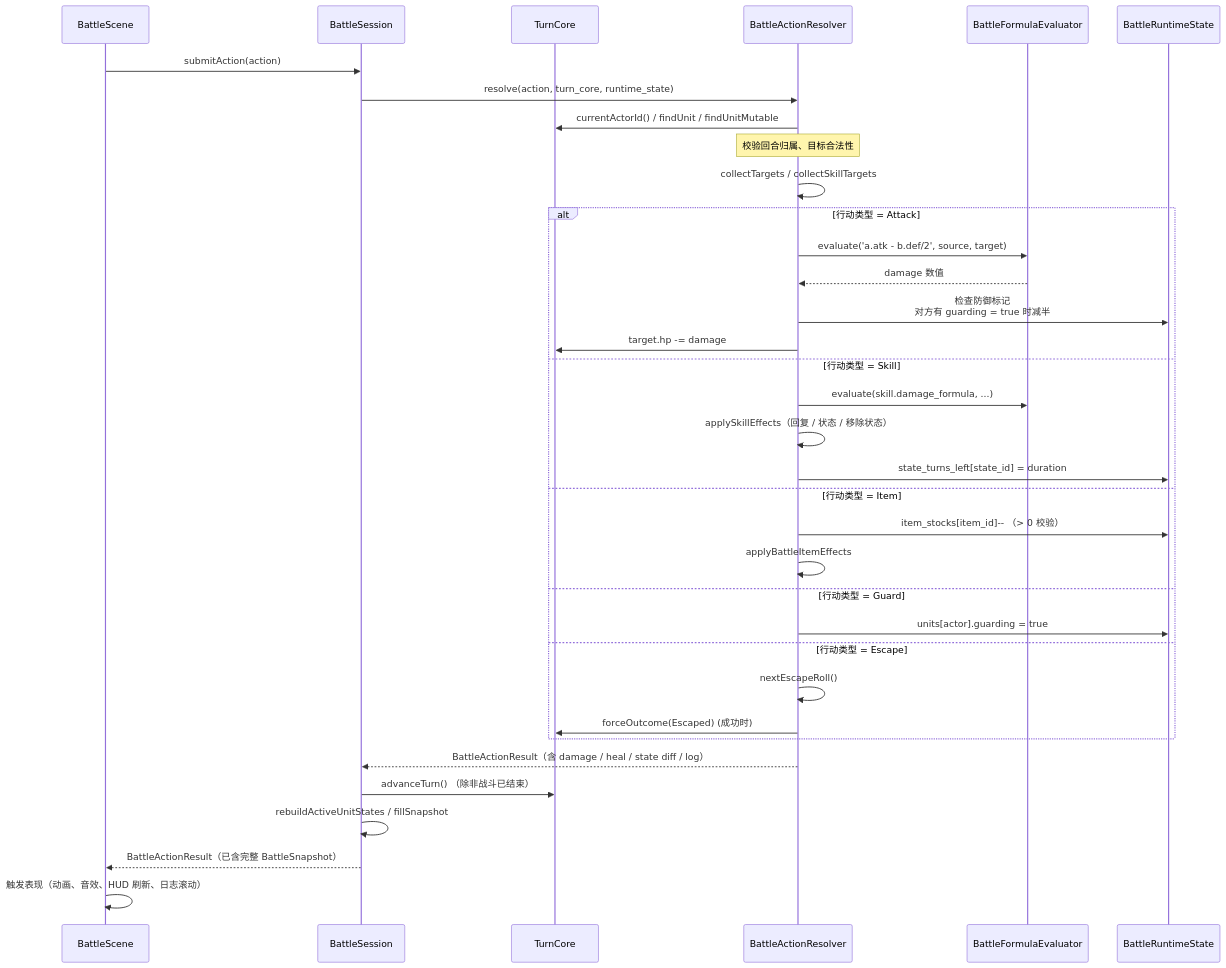
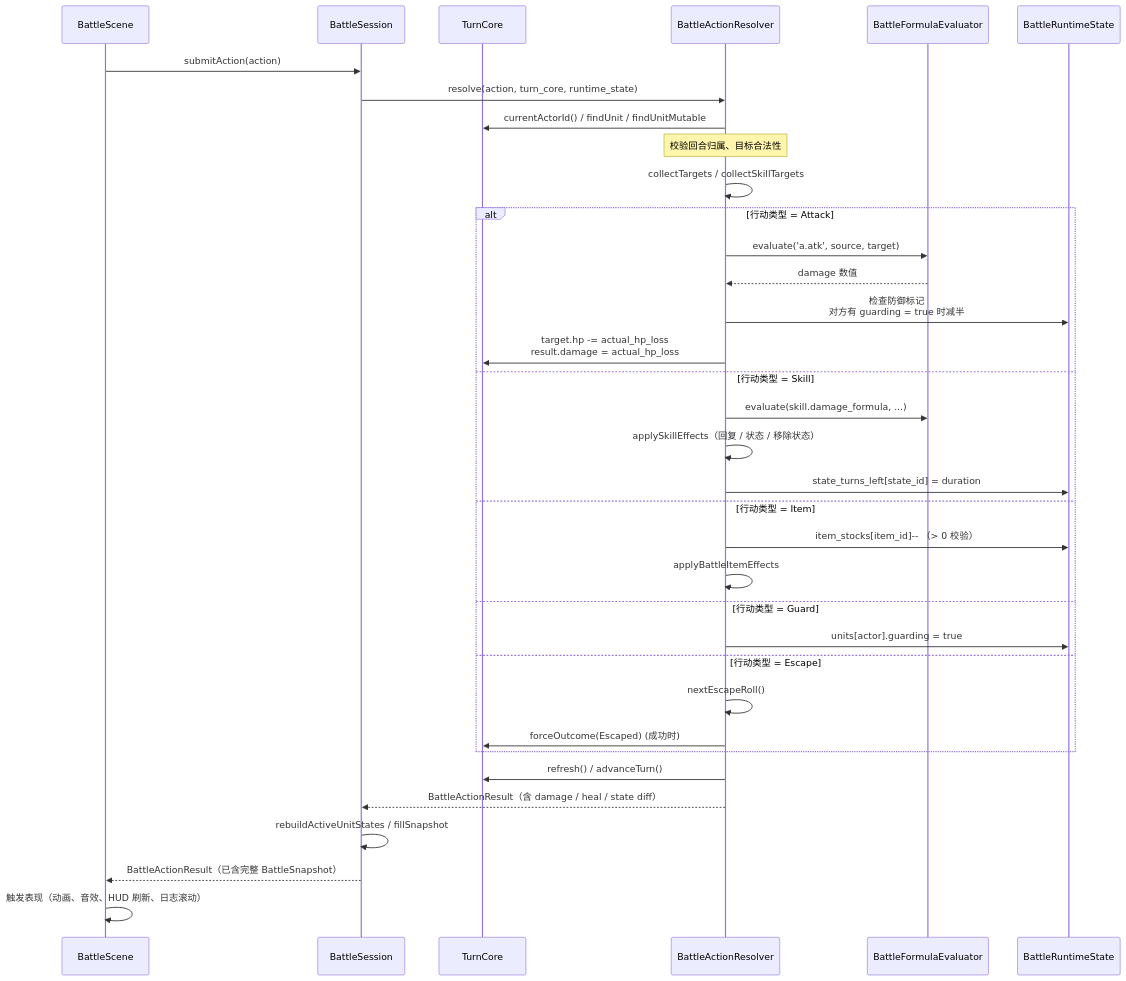
One commit to WispSnow/TinyFarmRPG changed the third of 6 diagrams in docs/game/battle-internals.md. Above: the diagram before and after it, drawn with Mermaid. The commit also changed other lines of this file and 12 other files, not shown here.

````diff
--- a/docs/game/battle-internals.md
+++ b/docs/game/battle-internals.md
@@ -119,38 +119,38 @@
 ```mermaid
 sequenceDiagram
     participant SCN as BattleScene
     participant SESS as BattleSession
     participant TC as TurnCore
     participant AR as BattleActionResolver
     participant FE as BattleFormulaEvaluator
     participant RT as BattleRuntimeState
 
     SCN->>SESS: submitAction(action)
     SESS->>AR: resolve(action, turn_core, runtime_state)
     AR->>TC: currentActorId() / findUnit / findUnitMutable
     Note over AR: 校验回合归属、目标合法性
     AR->>AR: collectTargets / collectSkillTargets
     alt 行动类型 = Attack
-        AR->>FE: evaluate('a.atk - b.def/2', source, target)
+        AR->>FE: evaluate('a.atk', source, target)
         FE-->>AR: damage 数值
         AR->>RT: 检查防御标记<br/>对方有 guarding = true 时减半
-        AR->>TC: target.hp -= damage
+        AR->>TC: target.hp -= actual_hp_loss<br/>result.damage = actual_hp_loss
     else 行动类型 = Skill
         AR->>FE: evaluate(skill.damage_formula, ...)
         AR->>AR: applySkillEffects（回复 / 状态 / 移除状态）
         AR->>RT: state_turns_left[state_id] = duration
     else 行动类型 = Item
         AR->>RT: item_stocks[item_id]-- （> 0 校验）
         AR->>AR: applyBattleItemEffects
     else 行动类型 = Guard
         AR->>RT: units[actor].guarding = true
     else 行动类型 = Escape
         AR->>AR: nextEscapeRoll()
         AR->>TC: forceOutcome(Escaped) (成功时)
     end
-    AR-->>SESS: BattleActionResult（含 damage / heal / state diff / log）
-    SESS->>TC: advanceTurn() （除非战斗已结束）
+    AR->>TC: refresh() / advanceTurn()
+    AR-->>SESS: BattleActionResult（含 damage / heal / state diff）
     SESS->>SESS: rebuildActiveUnitStates / fillSnapshot
     SESS-->>SCN: BattleActionResult（已含完整 BattleSnapshot）
     SCN->>SCN: 触发表现（动画、音效、HUD 刷新、日志滚动）
 ```
````
